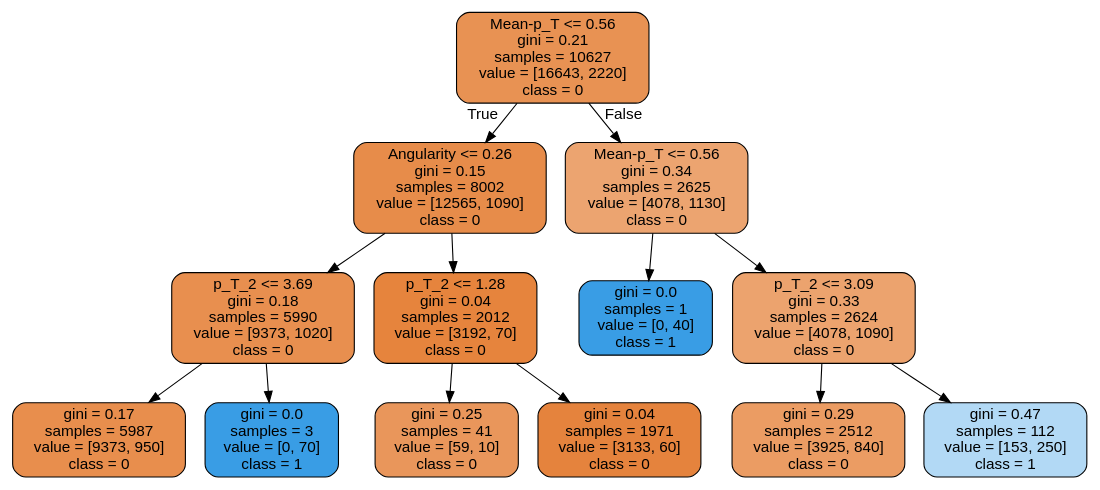
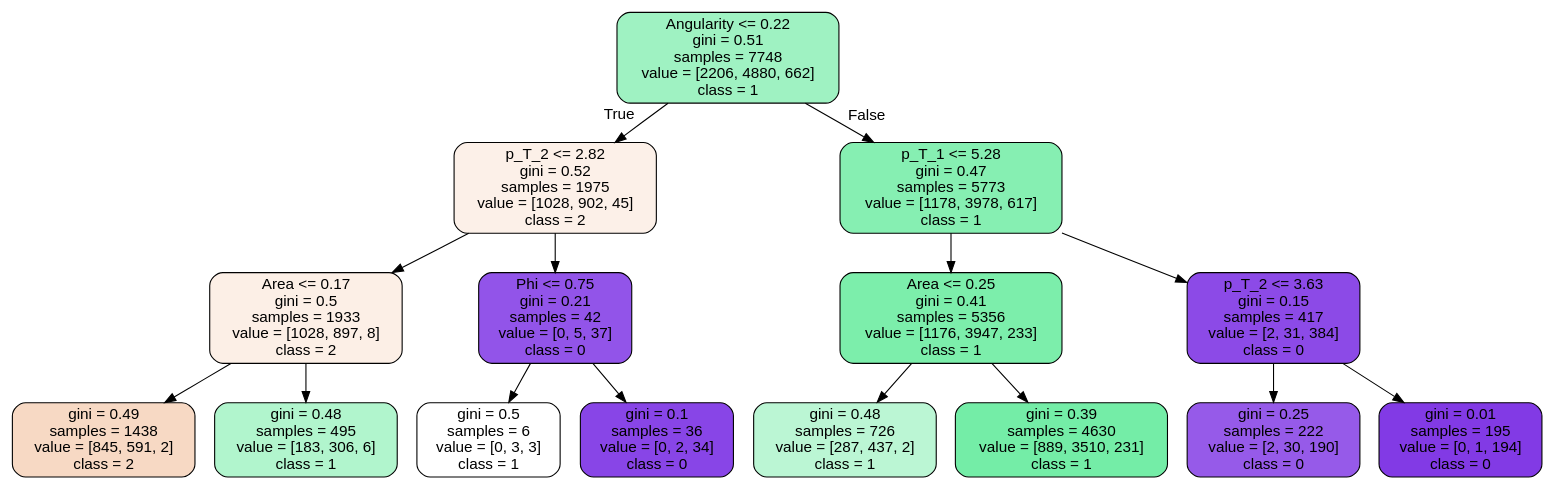
One commit to Steffanic/ML-Jet-BG-Subtraction changed the diagram in Analysis_Code/ML/tree.dot. Above: the diagram before and after it, drawn with Graphviz. The commit also changed 2 other files, not shown here.

```diff
--- a/Analysis_Code/ML/tree.dot
+++ b/Analysis_Code/ML/tree.dot
@@ -1,29 +1,33 @@
 digraph Tree {
 node [shape=box, style="filled, rounded", color="black", fontname=helvetica] ;
 edge [fontname=helvetica] ;
-0 [label="Mean-p_T <= 0.56\ngini = 0.21\nsamples = 10627\nvalue = [16643, 2220]\nclass = 0", fillcolor="#e89253"] ;
-1 [label="Angularity <= 0.26\ngini = 0.15\nsamples = 8002\nvalue = [12565, 1090]\nclass = 0", fillcolor="#e78c4a"] ;
+0 [label="Angularity <= 0.22\ngini = 0.51\nsamples = 7748\nvalue = [2206, 4880, 662]\nclass = 1", fillcolor="#9ff2c2"] ;
+1 [label="p_T_2 <= 2.82\ngini = 0.52\nsamples = 1975\nvalue = [1028, 902, 45]\nclass = 2", fillcolor="#fcf0e8"] ;
 0 -> 1 [labeldistance=2.5, labelangle=45, headlabel="True"] ;
-2 [label="p_T_2 <= 3.69\ngini = 0.18\nsamples = 5990\nvalue = [9373, 1020]\nclass = 0", fillcolor="#e88f4f"] ;
+2 [label="Area <= 0.17\ngini = 0.5\nsamples = 1933\nvalue = [1028, 897, 8]\nclass = 2", fillcolor="#fcefe6"] ;
 1 -> 2 ;
-3 [label="gini = 0.17\nsamples = 5987\nvalue = [9373, 950]\nclass = 0", fillcolor="#e88e4d"] ;
+3 [label="gini = 0.49\nsamples = 1438\nvalue = [845, 591, 2]\nclass = 2", fillcolor="#f7d9c4"] ;
 2 -> 3 ;
-4 [label="gini = 0.0\nsamples = 3\nvalue = [0, 70]\nclass = 1", fillcolor="#399de5"] ;
+4 [label="gini = 0.48\nsamples = 495\nvalue = [183, 306, 6]\nclass = 1", fillcolor="#b1f5cd"] ;
 2 -> 4 ;
-5 [label="p_T_2 <= 1.28\ngini = 0.04\nsamples = 2012\nvalue = [3192, 70]\nclass = 0", fillcolor="#e6843d"] ;
+5 [label="Phi <= 0.75\ngini = 0.21\nsamples = 42\nvalue = [0, 5, 37]\nclass = 0", fillcolor="#9254e9"] ;
 1 -> 5 ;
-6 [label="gini = 0.25\nsamples = 41\nvalue = [59, 10]\nclass = 0", fillcolor="#e9965b"] ;
+6 [label="gini = 0.5\nsamples = 6\nvalue = [0, 3, 3]\nclass = 1", fillcolor="#ffffff"] ;
 5 -> 6 ;
-7 [label="gini = 0.04\nsamples = 1971\nvalue = [3133, 60]\nclass = 0", fillcolor="#e5833d"] ;
+7 [label="gini = 0.1\nsamples = 36\nvalue = [0, 2, 34]\nclass = 0", fillcolor="#8845e7"] ;
 5 -> 7 ;
-8 [label="Mean-p_T <= 0.56\ngini = 0.34\nsamples = 2625\nvalue = [4078, 1130]\nclass = 0", fillcolor="#eca470"] ;
+8 [label="p_T_1 <= 5.28\ngini = 0.47\nsamples = 5773\nvalue = [1178, 3978, 617]\nclass = 1", fillcolor="#86efb2"] ;
 0 -> 8 [labeldistance=2.5, labelangle=-45, headlabel="False"] ;
-9 [label="gini = 0.0\nsamples = 1\nvalue = [0, 40]\nclass = 1", fillcolor="#399de5"] ;
+9 [label="Area <= 0.25\ngini = 0.41\nsamples = 5356\nvalue = [1176, 3947, 233]\nclass = 1", fillcolor="#7ceeab"] ;
 8 -> 9 ;
-10 [label="p_T_2 <= 3.09\ngini = 0.33\nsamples = 2624\nvalue = [4078, 1090]\nclass = 0", fillcolor="#eca36e"] ;
-8 -> 10 ;
-11 [label="gini = 0.29\nsamples = 2512\nvalue = [3925, 840]\nclass = 0", fillcolor="#eb9c63"] ;
-10 -> 11 ;
-12 [label="gini = 0.47\nsamples = 112\nvalue = [153, 250]\nclass = 1", fillcolor="#b2d9f5"] ;
-10 -> 12 ;
+10 [label="gini = 0.48\nsamples = 726\nvalue = [287, 437, 2]\nclass = 1", fillcolor="#bbf6d4"] ;
+9 -> 10 ;
+11 [label="gini = 0.39\nsamples = 4630\nvalue = [889, 3510, 231]\nclass = 1", fillcolor="#74eda7"] ;
+9 -> 11 ;
+12 [label="p_T_2 <= 3.63\ngini = 0.15\nsamples = 417\nvalue = [2, 31, 384]\nclass = 0", fillcolor="#8c4ae7"] ;
+8 -> 12 ;
+13 [label="gini = 0.25\nsamples = 222\nvalue = [2, 30, 190]\nclass = 0", fillcolor="#965ae9"] ;
+12 -> 13 ;
+14 [label="gini = 0.01\nsamples = 195\nvalue = [0, 1, 194]\nclass = 0", fillcolor="#823ae5"] ;
+12 -> 14 ;
 }
```
